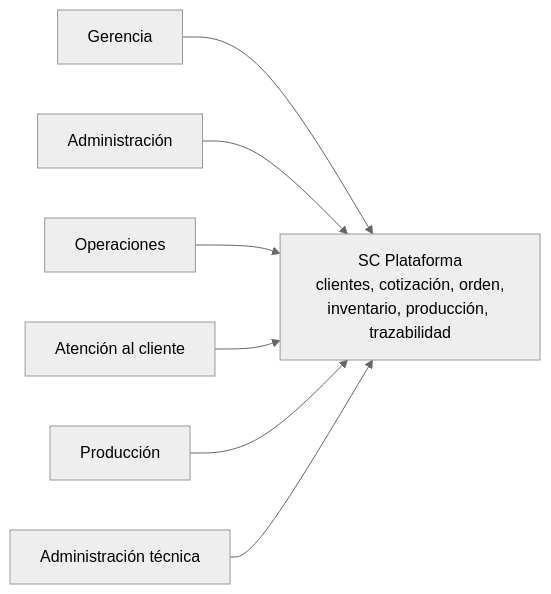
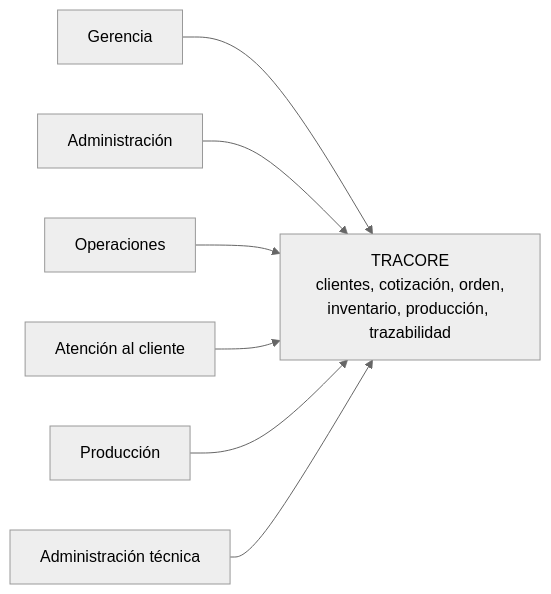
Before and after one commit to NormanSMA/Tesis-SC: the first of 7 diagrams in docs/arquitectura-sistema.md, drawn with Mermaid (neutral theme). The commit also changed other lines of this file and 5 other files, not shown here.

````diff
--- a/docs/arquitectura-sistema.md
+++ b/docs/arquitectura-sistema.md
@@ -18,10 +18,10 @@
 ```mermaid
 flowchart LR
   GER[Gerencia] --> SC
   ADM[Administración] --> SC
   OPE[Operaciones] --> SC
   ATC[Atención al cliente] --> SC
   PRO[Producción] --> SC
   TEC[Administración técnica] --> SC
-  SC["SC Plataforma<br/>clientes, cotización, orden,<br/>inventario, producción, trazabilidad"]
+  SC["TRACORE<br/>clientes, cotización, orden,<br/>inventario, producción, trazabilidad"]
 ```
````
